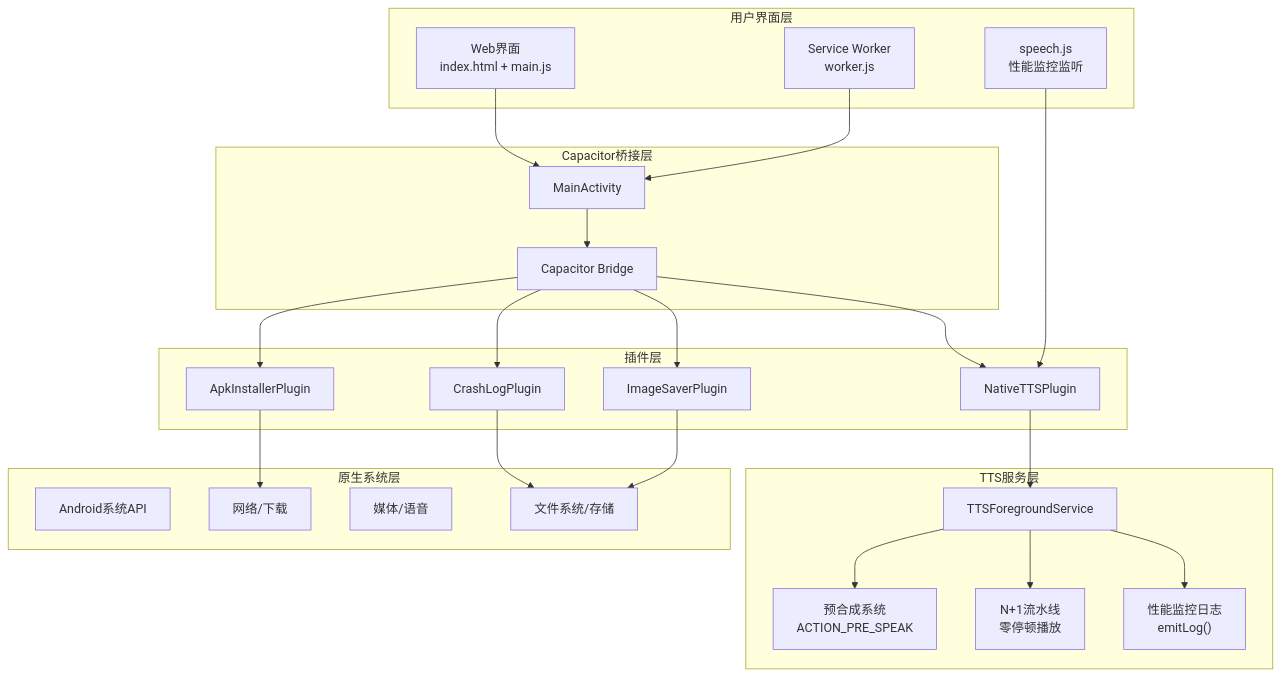
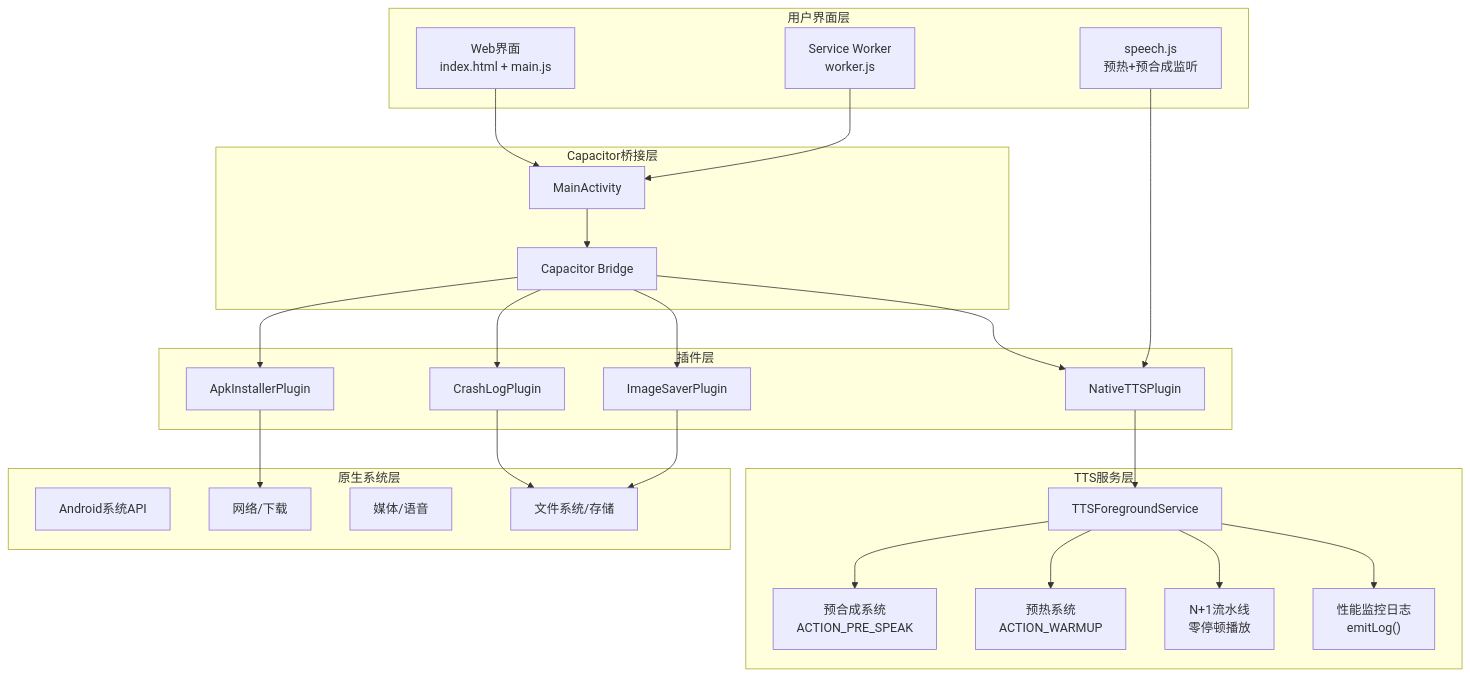
The second of 11 diagrams in .qoder/repowiki/zh/content/移动应用开发/移动应用开发.md (zhao-zg/cx), drawn with Mermaid before and after one commit. The commit also changed other lines of this file and 31 other files, not shown here.

````diff
--- a/.qoder/repowiki/zh/content/移动应用开发/移动应用开发.md
+++ b/.qoder/repowiki/zh/content/移动应用开发/移动应用开发.md
@@ -173,45 +177,47 @@
 ```mermaid
 graph TB
 subgraph "用户界面层"
 WEBUI["Web界面<br/>index.html + main.js"]
 SW["Service Worker<br/>worker.js"]
-SPEECH["speech.js<br/>性能监控监听"]
+SPEECH["speech.js<br/>预热+预合成监听"]
 end
 subgraph "Capacitor桥接层"
 MAINACT["MainActivity"]
 BRIDGE["Capacitor Bridge"]
 end
 subgraph "插件层"
 APK["ApkInstallerPlugin"]
 CRASH["CrashLogPlugin"]
 IMG["ImageSaverPlugin"]
 TTS["NativeTTSPlugin"]
 end
 subgraph "TTS服务层"
 SERVICE["TTSForegroundService"]
 PRE_SYNTH["预合成系统<br/>ACTION_PRE_SPEAK"]
+WARMUP["预热系统<br/>ACTION_WARMUP"]
 PIPELINE["N+1流水线<br/>零停顿播放"]
 PERF_LOG["性能监控日志<br/>emitLog()"]
 end
 subgraph "原生系统层"
 ANDROID["Android系统API"]
 FS["文件系统/存储"]
 MEDIA["媒体/语音"]
 NET["网络/下载"]
 end
 WEBUI --> MAINACT
 SW --> MAINACT
 SPEECH --> TTS
 MAINACT --> BRIDGE
 BRIDGE --> APK
 BRIDGE --> CRASH
 BRIDGE --> IMG
 BRIDGE --> TTS
 APK --> NET
 IMG --> FS
 TTS --> SERVICE
 SERVICE --> PRE_SYNTH
+SERVICE --> WARMUP
 SERVICE --> PIPELINE
 SERVICE --> PERF_LOG
 CRASH --> FS
 ```
````
